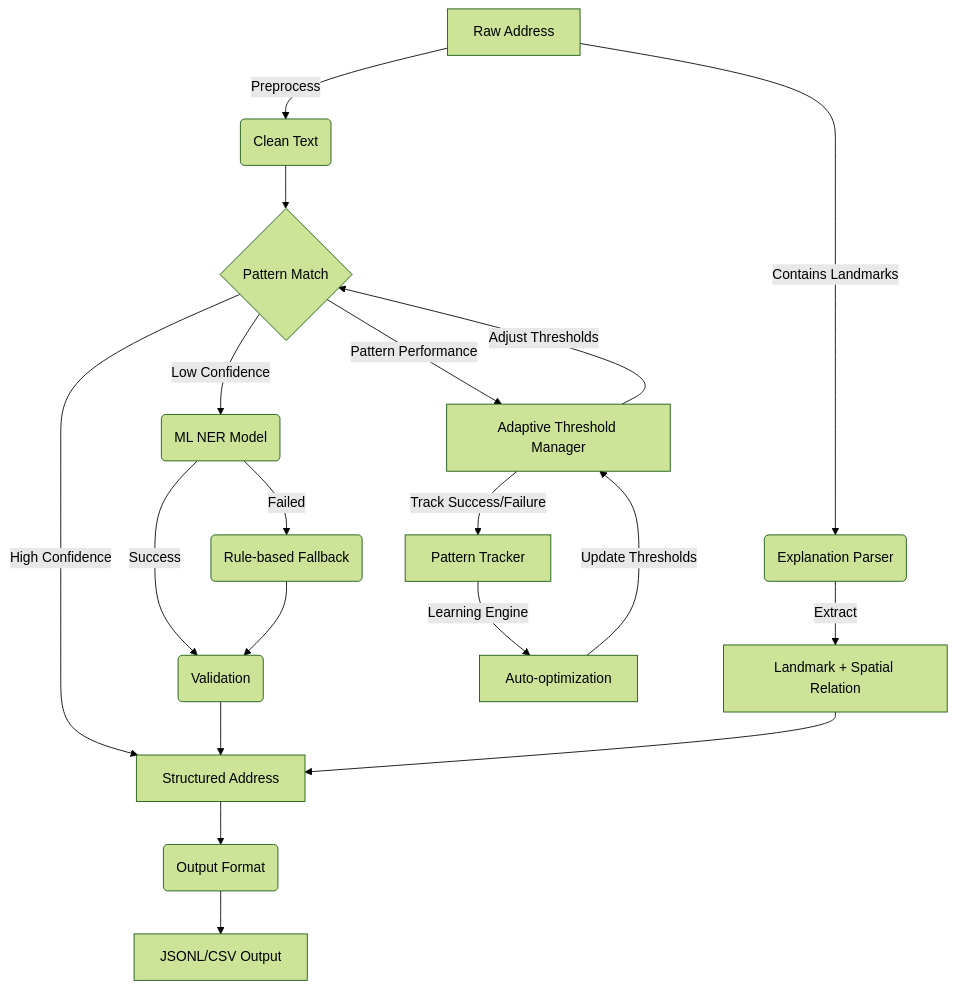
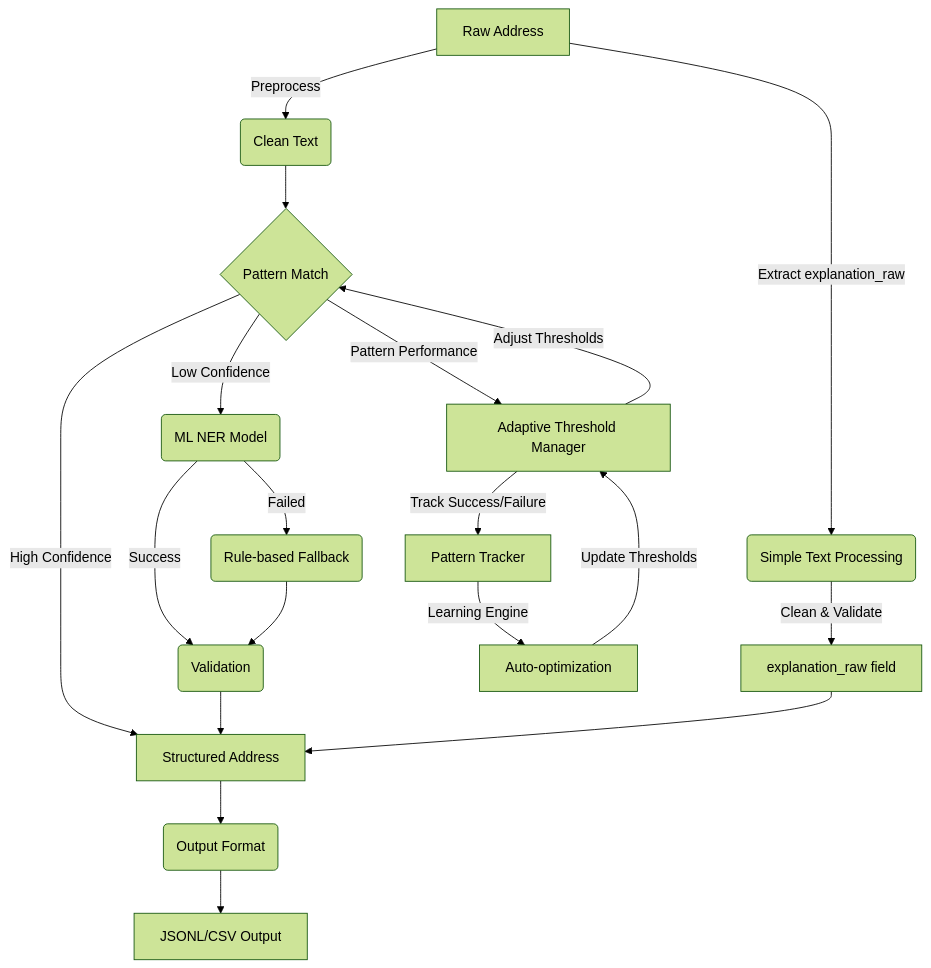
One commit to merenert/PreprocessingV2.0 changed the diagram in README.md. Above: the diagram before and after it, drawn with Mermaid (forest theme). The commit also changed other lines of this file and 238 other files, not shown here.

````diff
--- a/README.md
+++ b/README.md
@@ -18,23 +18,23 @@
 ```mermaid
 graph TD
     A[Raw Address] -->|Preprocess| B(Clean Text)
-    A -->|Contains Landmarks| K(Explanation Parser)
-    K -->|Extract| L[Landmark + Spatial Relation]
+    A -->|Extract explanation_raw| K(Simple Text Processing)
+    K -->|Clean & Validate| L[explanation_raw field]
     B --> C{Pattern Match}
     C -->|High Confidence| G[Structured Address]
     C -->|Low Confidence| D(ML NER Model)
     D -->|Success| E(Validation)
     D -->|Failed| F(Rule-based Fallback)
     F --> E
     E --> G
     L --> G
     G --> H(Output Format)
     H --> I[JSONL/CSV Output]
-    
+
     %% Adaptive Threshold Management
     C -->|Pattern Performance| AT[Adaptive Threshold Manager]
     AT -->|Adjust Thresholds| C
     AT -->|Track Success/Failure| PT[Pattern Tracker]
     PT -->|Learning Engine| LE[Auto-optimization]
     LE -->|Update Thresholds| AT
 ```
````
